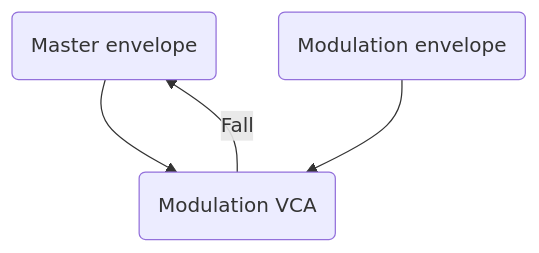
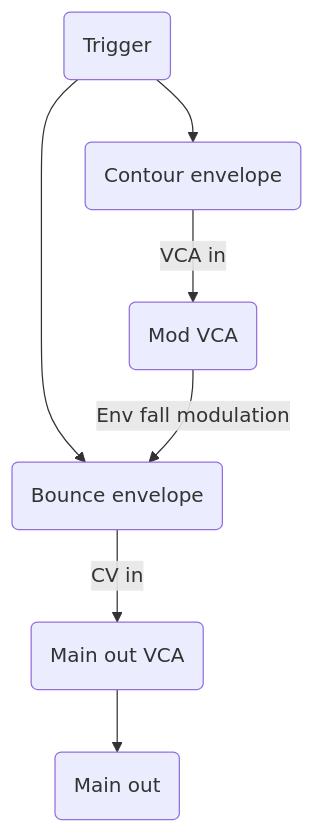
The diagram in _drafts/buscephalus.md (aidanreilly/man_synth), drawn with Mermaid before and after one commit. The commit also changed 1 other file, not shown here.

```diff
--- a/_drafts/buscephalus.md
+++ b/_drafts/buscephalus.md
@@ -12,6 +12,9 @@
 <div class="mermaid">
-graph TD;
-A(Master envelope) -->B(Main VCA)
-C(Modulation envelope)-->B(Modulation VCA)
-B(Modulation VCA)-->|Fall|A(Master envelope)
+ graph TB
+ D(Main out VCA)-->E(Main out)
+F(Trigger)-->A(Contour envelope)
+F(Trigger)-->C(Bounce envelope)
+A(Contour envelope) -->|VCA in|B(Mod VCA)
+B(Mod VCA)-->|Env fall modulation|C(Bounce envelope)
+C(Bounce envelope)-->|CV in|D(Main out VCA)
 </div>
```
